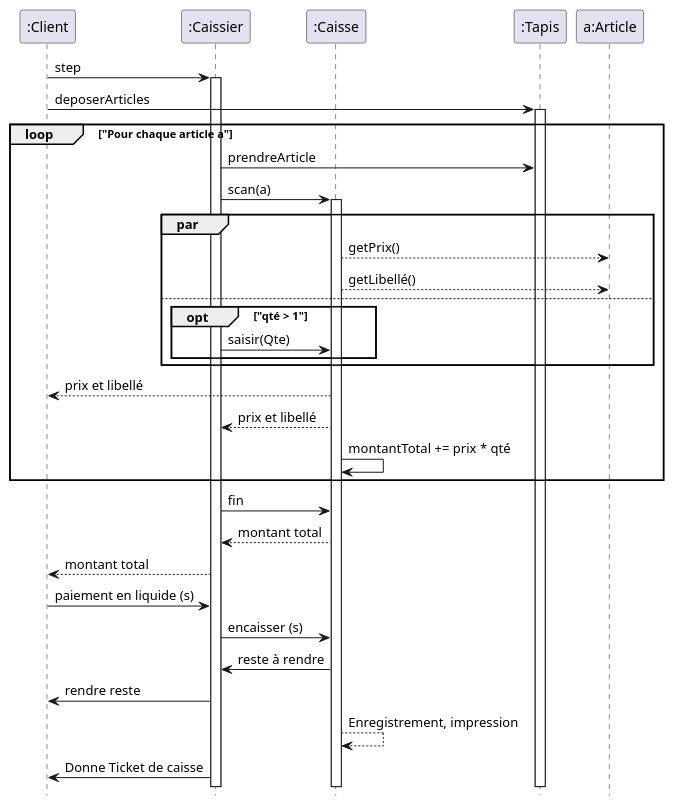
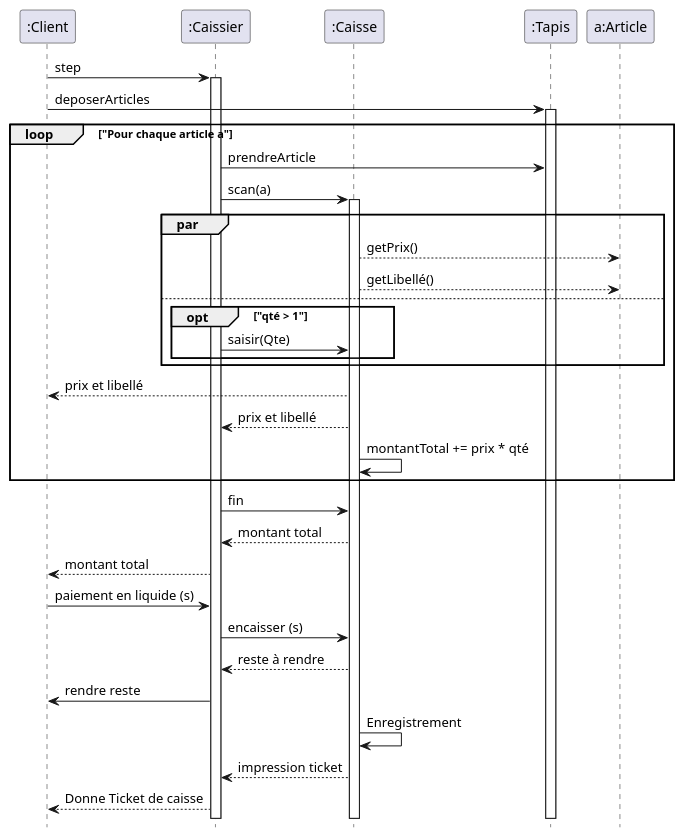
One commit to IUT-Blagnac/bcoo-Yannis-TUDELA changed the diagram in TD5.2.Plantuml. Above: the diagram before and after it, drawn with PlantUML.

Commit message:
Fix5.2 Caisse

```diff
--- a/TD5.2.Plantuml
+++ b/TD5.2.Plantuml
@@ -1,53 +1,54 @@
 @startuml
 
 'autonumber
 hide footbox
 
 participant A as ":Client"
 participant B as ":Caissier"
 
 participant C as  ":Caisse"
 A -> B: step
 activate B
 
 participant Tapis as  ":Tapis"
 A -> Tapis: deposerArticles
 activate Tapis
 
 loop "Pour chaque article a"
 B -> Tapis: prendreArticle
 B -> C: scan(a)
 activate C
 
 participant Article as "a:Article"
 
 par
   C --> Article: getPrix()
   C --> Article: getLibellé()
 
 else
   opt "qté > 1"
     B -> C:saisir(Qte)
   end
   end
   C --> A: prix et libellé
   C --> B: prix et libellé
   
   C -> C: montantTotal += prix * qté
 end
 
 B -> C: fin
-  C --> B: montant total
-  
+C --> B: montant total 
 B --> A: montant total
 
 A -> B: paiement en liquide (s)
 B -> C: encaisser (s)
-C -> B: reste à rendre
+
+C --> B: reste à rendre
 B -> A: rendre reste
 
-C --> C: Enregistrement, impression
+C -> C: Enregistrement
+C --> B: impression ticket
 
-B -> A: Donne Ticket de caisse
+B --> A: Donne Ticket de caisse
 
 @enduml
```
